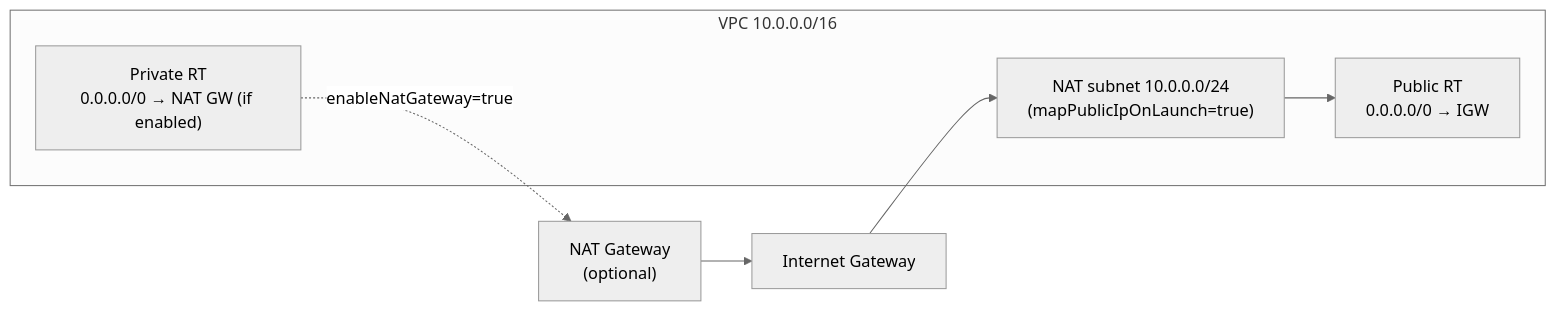
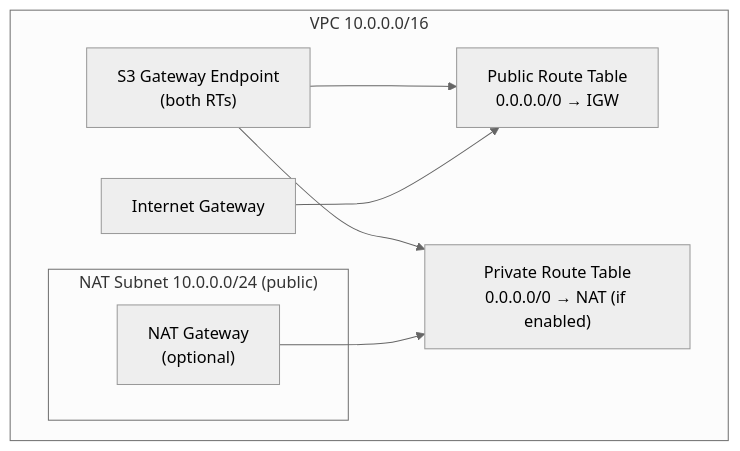
The third of 3 diagrams in .agents/summary/architecture.md (codriverlabs/express-compute-managed-k8s-infra), drawn with Mermaid (neutral theme) before and after one commit. The commit also changed other lines of this file and 9 other files, not shown here.

````diff
--- a/.agents/summary/architecture.md
+++ b/.agents/summary/architecture.md
@@ -43,15 +53,17 @@
 ```mermaid
-graph LR
-    subgraph VPC["VPC 10.0.0.0/16"]
-        NATSubnet["NAT subnet 10.0.0.0/24\n(mapPublicIpOnLaunch=true)"]
-        PublicRT["Public RT\n0.0.0.0/0 → IGW"]
-        PrivateRT["Private RT\n0.0.0.0/0 → NAT GW (if enabled)"]
+graph TB
+    subgraph "VPC 10.0.0.0/16"
+        subgraph "NAT Subnet 10.0.0.0/24 (public)"
+            NAT["NAT Gateway<br/>(optional)"]
+        end
+        IGW["Internet Gateway"]
+        PUB_RT["Public Route Table<br/>0.0.0.0/0 → IGW"]
+        PRIV_RT["Private Route Table<br/>0.0.0.0/0 → NAT (if enabled)"]
+        S3EP["S3 Gateway Endpoint<br/>(both RTs)"]
     end
-    IGW["Internet Gateway"]
-    NAT["NAT Gateway\n(optional)"]
 
-    IGW --> NATSubnet
-    NATSubnet --> PublicRT
-    PrivateRT -.->|"enableNatGateway=true"| NAT
-    NAT --> IGW
+    IGW --> PUB_RT
+    NAT --> PRIV_RT
+    S3EP --> PUB_RT
+    S3EP --> PRIV_RT
 ```
````
